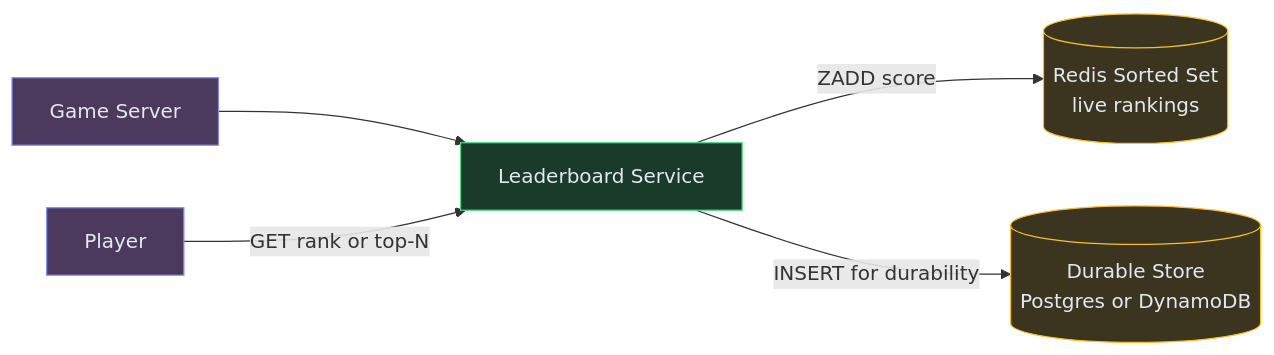
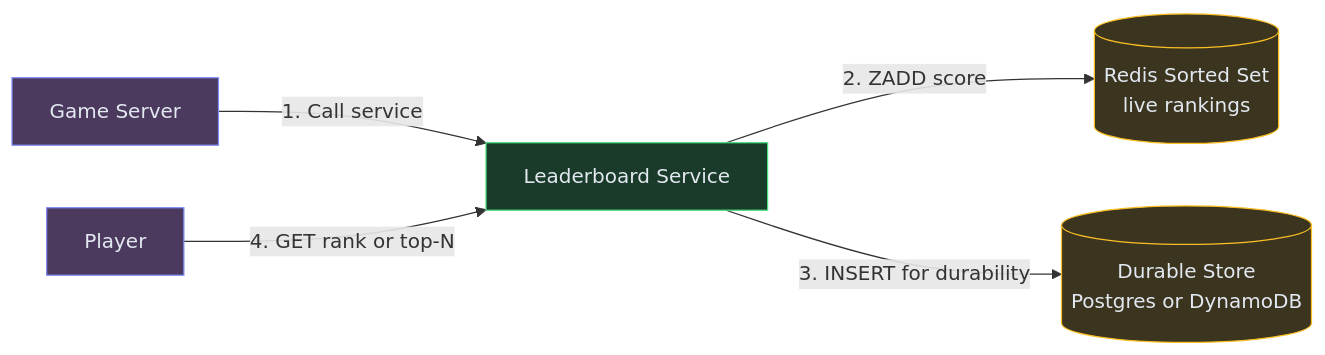
Before and after one commit to iluzn/HLD-Designs: the fourth of 7 diagrams in content/hld/Leaderboard.md, drawn with Mermaid. The commit also changed other lines of this file and 27 other files, not shown here.

````diff
--- a/content/hld/Leaderboard.md
+++ b/content/hld/Leaderboard.md
@@ -208,17 +208,17 @@
 ```mermaid
 flowchart LR
     GAME["Game Server"]:::client
     API["Leaderboard Service"]:::service
     REDIS[("Redis Sorted Set<br/>live rankings")]:::data
     DB[("Durable Store<br/>Postgres or DynamoDB")]:::data
     USER["Player"]:::client
 
-    GAME --> API
-    API -->|"ZADD score"| REDIS
-    API -->|"INSERT for durability"| DB
-    USER -->|"GET rank or top-N"| API
+    GAME -->|"1. Call service"| API
+    API -->|"2. ZADD score"| REDIS
+    API -->|"3. INSERT for durability"| DB
+    USER -->|"4. GET rank or top-N"| API
 
     classDef client fill:#4c3a5e,stroke:#818cf8,color:#e2e8f0
     classDef service fill:#1a3a2a,stroke:#4ade80,color:#e2e8f0
     classDef data fill:#3b3520,stroke:#fbbf24,color:#e2e8f0
 ```
````
